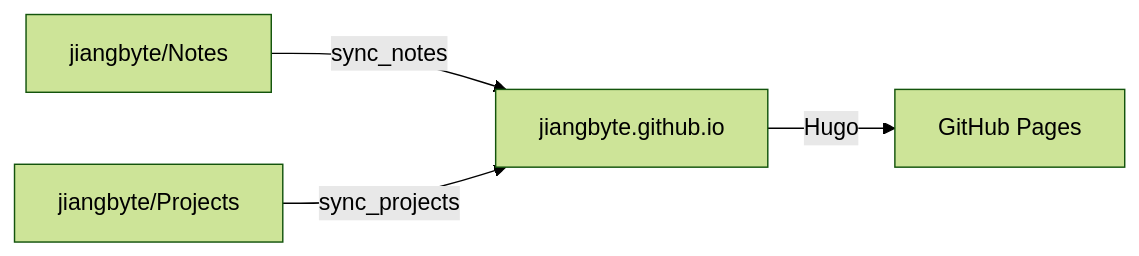
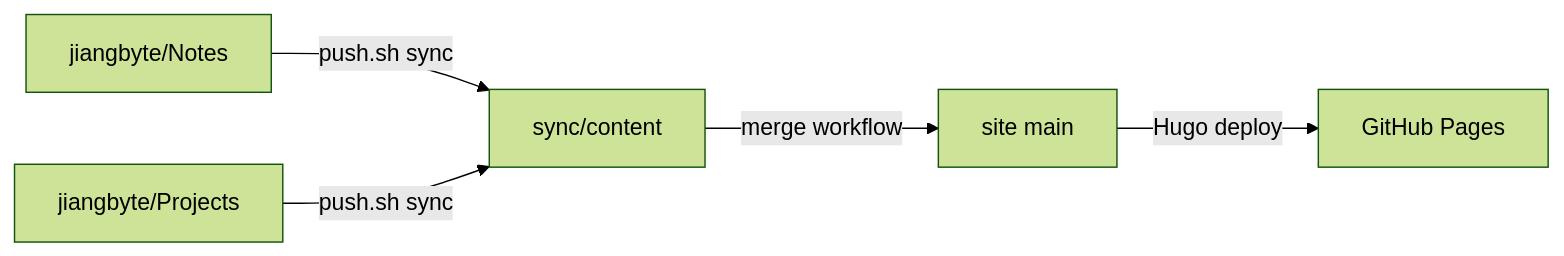
One commit to jiangbyte/jiangbyte changed the first of 2 diagrams in Projects/撷时录.md. Above: the diagram before and after it, drawn with Mermaid (forest theme). The commit also changed other lines of this file and 3 other files, not shown here.

First line of the commit message:
Publish via sync/content branch instead of repository_dispatch.

````diff
--- a/Projects/撷时录.md
+++ b/Projects/撷时录.md
@@ -16,10 +16,12 @@
 ```mermaid
 flowchart LR
   notes["jiangbyte/Notes"]
   projects["jiangbyte/Projects"]
-  site["jiangbyte.github.io"]
+  sync["sync/content"]
+  main["site main"]
   pages["GitHub Pages"]
-  notes -->|"sync_notes"| site
-  projects -->|"sync_projects"| site
-  site -->|"Hugo"| pages
+  notes -->|"push.sh sync"| sync
+  projects -->|"push.sh sync"| sync
+  sync -->|"merge workflow"| main
+  main -->|"Hugo deploy"| pages
 ```
````
